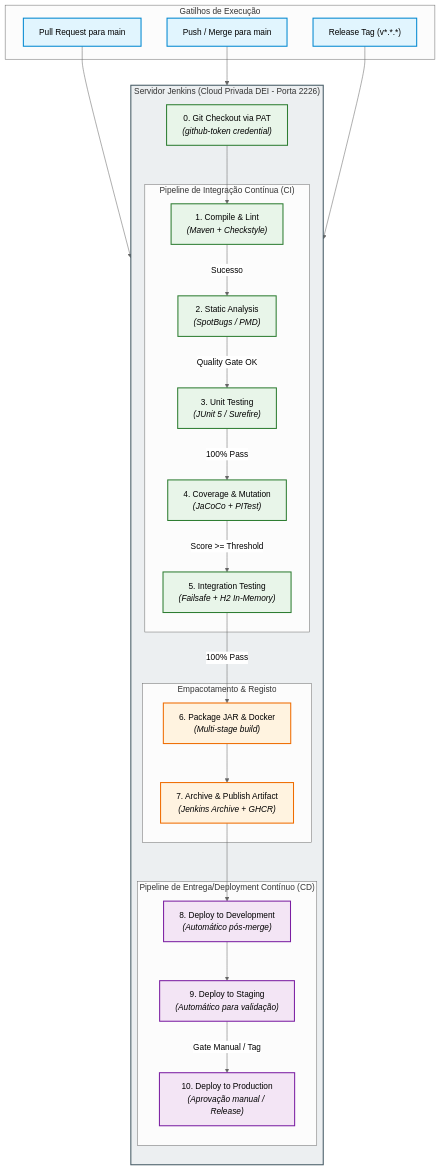
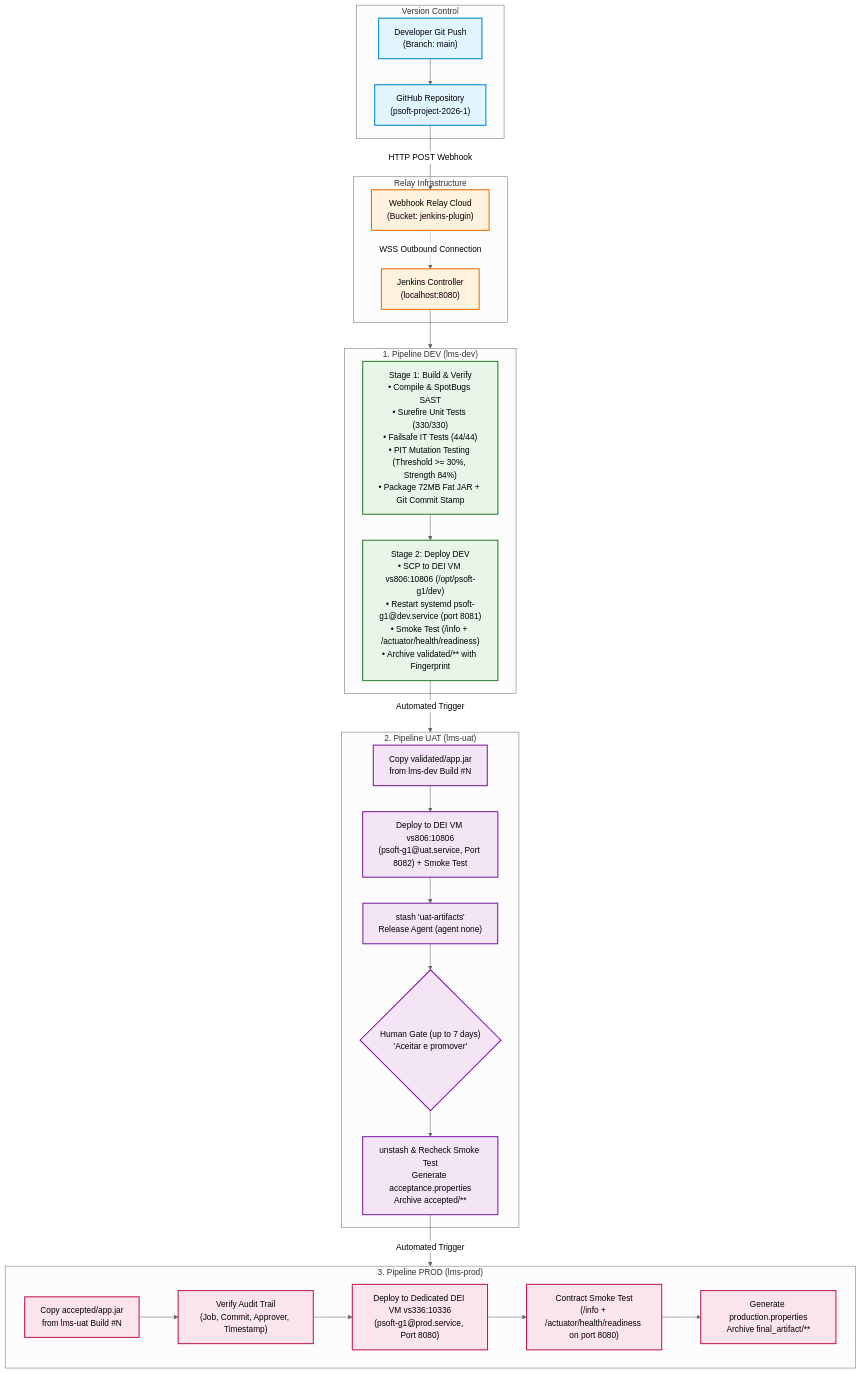
The diagram in Docs/ODSOFT/system-to-be/system-to-be.md (RafaelBrandao04/psoft-project-2026-1), drawn with Mermaid (neutral theme) before and after one commit. The commit also changed other lines of this file and 4 other files, not shown here.

````diff
--- a/Docs/ODSOFT/system-to-be/system-to-be.md
+++ b/Docs/ODSOFT/system-to-be/system-to-be.md
@@ -37,60 +24,53 @@
 ```mermaid
 flowchart TD
-    subgraph Trigger["Gatilhos de Execução"]
-        PR["Pull Request para main"]
-        PUSH["Push / Merge para main"]
-        TAG["Release Tag (v*.*.*)"]
+    subgraph SCM["Version Control"]
+        DEV_PUSH["Developer Git Push<br/>(Branch: main)"] --> GITHUB["GitHub Repository<br/>(psoft-project-2026-1)"]
     end
 
-    subgraph JenkinsServer["Servidor Jenkins (Cloud Privada DEI - Porta 2226)"]
-        direction TB
-        SCM["0. Git Checkout via PAT<br/><i>(github-token credential)</i>"]
-
-        subgraph CI["Pipeline de Integração Contínua (CI)"]
-            S1["1. Compile & Lint<br/><i>(Maven + Checkstyle)</i>"]
-            S2["2. Static Analysis<br/><i>(SpotBugs / PMD)</i>"]
-            S3["3. Unit Testing<br/><i>(JUnit 5 / Surefire)</i>"]
-            S4["4. Coverage & Mutation<br/><i>(JaCoCo + PITest)</i>"]
-            S5["5. Integration Testing<br/><i>(Failsafe + H2 In-Memory)</i>"]
-        end
-
-        subgraph Package["Empacotamento & Registo"]
-            S6["6. Package JAR & Docker<br/><i>(Multi-stage build)</i>"]
-            S7["7. Archive & Publish Artifact<br/><i>(Jenkins Archive + GHCR)</i>"]
-        end
-
-        subgraph CD["Pipeline de Entrega/Deployment Contínuo (CD)"]
-            DEV["8. Deploy to Development<br/><i>(Automático pós-merge)</i>"]
-            STG["9. Deploy to Staging<br/><i>(Automático para validação)</i>"]
-            PROD["10. Deploy to Production<br/><i>(Aprovação manual / Release)</i>"]
-        end
+    subgraph Tunnel["Relay Infrastructure"]
+        GITHUB -->|HTTP POST Webhook| WHR["Webhook Relay Cloud<br/>(Bucket: jenkins-plugin)"]
+        WHR -.->|WSS Outbound Connection| LOCAL_JENKINS["Jenkins Controller<br/>(localhost:8080)"]
     end
 
-    PR --> SCM
-    PUSH --> SCM
-    TAG --> SCM
-    SCM --> S1
+    subgraph JobDEV["1. Pipeline DEV (lms-dev)"]
+        STAGE_BUILD["Stage 1: Build & Verify<br/>• Compile & SpotBugs SAST<br/>• Surefire Unit Tests (330/330)<br/>• Failsafe IT Tests (44/44)<br/>• PIT Mutation Testing (Threshold >= 30%, Strength 84%)<br/>• Package 72MB Fat JAR + Git Commit Stamp"]
+        STAGE_DEV_DEPLOY["Stage 2: Deploy DEV<br/>• SCP to DEI VM vs806:10806 (/opt/psoft-g1/dev)<br/>• Restart systemd psoft-g1@dev.service (port 8081)<br/>• Smoke Test (/info + /actuator/health/readiness)<br/>• Archive validated/** with Fingerprint"]
+        STAGE_BUILD --> STAGE_DEV_DEPLOY
+    end
 
-    S1 -->|Sucesso| S2
-    S2 -->|Quality Gate OK| S3
-    S3 -->|100% Pass| S4
-    S4 -->|Score >= Threshold| S5
-    S5 -->|100% Pass| S6
+    subgraph JobUAT["2. Pipeline UAT (lms-uat)"]
+        UAT_COPY["Copy validated/app.jar<br/>from lms-dev Build #N"]
+        UAT_DEPLOY["Deploy to DEI VM vs806:10806<br/>(psoft-g1@uat.service, Port 8082) + Smoke Test"]
+        UAT_STASH["stash 'uat-artifacts'<br/>Release Agent (agent none)"]
+        UAT_INPUT{"Human Gate (up to 7 days)<br/>'Aceitar e promover'"}
+        UAT_UNSTASH["unstash & Recheck Smoke Test<br/>Generate acceptance.properties<br/>Archive accepted/**"]
 
-    S6 --> S7
-    S7 --> DEV
-    DEV --> STG
-    STG -->|Gate Manual / Tag| PROD
+        UAT_COPY --> UAT_DEPLOY --> UAT_STASH --> UAT_INPUT --> UAT_UNSTASH
+    end
 
-    classDef triggerStyle fill:#e1f5fe,stroke:#0288d1,stroke-width:2px;
-    classDef serverStyle fill:#eceff1,stroke:#455a64,stroke-width:2px;
-    classDef ciStyle fill:#e8f5e9,stroke:#2e7d32,stroke-width:2px;
-    classDef pkgStyle fill:#fff3e0,stroke:#ef6c00,stroke-width:2px;
-    classDef cdStyle fill:#f3e5f5,stroke:#7b1fa2,stroke-width:2px;
+    subgraph JobPROD["3. Pipeline PROD (lms-prod)"]
+        PROD_COPY["Copy accepted/app.jar<br/>from lms-uat Build #N"]
+        PROD_AUDIT["Verify Audit Trail<br/>(Job, Commit, Approver, Timestamp)"]
+        PROD_DEPLOY["Deploy to Dedicated DEI VM vs336:10336<br/>(psoft-g1@prod.service, Port 8080)"]
+        PROD_SMOKE["Contract Smoke Test<br/>(/info + /actuator/health/readiness on port 8080)"]
+        PROD_FINAL["Generate production.properties<br/>Archive final_artifact/**"]
 
-    class PR,PUSH,TAG triggerStyle;
-    class JenkinsServer serverStyle;
-    class SCM,S1,S2,S3,S4,S5 ciStyle;
-    class S6,S7 pkgStyle;
-    class DEV,STG,PROD cdStyle;
+        PROD_COPY --> PROD_AUDIT --> PROD_DEPLOY --> PROD_SMOKE --> PROD_FINAL
+    end
+
+    LOCAL_JENKINS --> JobDEV
+    STAGE_DEV_DEPLOY -->|Automated Trigger| JobUAT
+    UAT_UNSTASH -->|Automated Trigger| JobPROD
+
+    classDef scmStyle fill:#e1f5fe,stroke:#0288d1,stroke-width:2px;
+    classDef tunnelStyle fill:#fff3e0,stroke:#ef6c00,stroke-width:2px;
+    classDef devStyle fill:#e8f5e9,stroke:#2e7d32,stroke-width:2px;
+    classDef uatStyle fill:#f3e5f5,stroke:#7b1fa2,stroke-width:2px;
+    classDef prodStyle fill:#fce4ec,stroke:#c2185b,stroke-width:2px;
+
+    class DEV_PUSH,GITHUB scmStyle;
+    class WHR,LOCAL_JENKINS tunnelStyle;
+    class STAGE_BUILD,STAGE_DEV_DEPLOY devStyle;
+    class UAT_COPY,UAT_DEPLOY,UAT_STASH,UAT_INPUT,UAT_UNSTASH uatStyle;
+    class PROD_COPY,PROD_AUDIT,PROD_DEPLOY,PROD_SMOKE,PROD_FINAL prodStyle;
 ```
````
